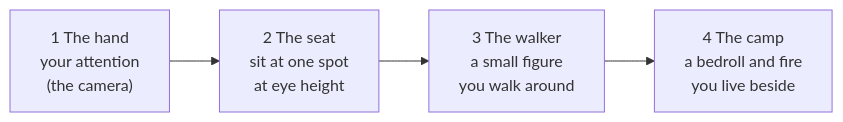
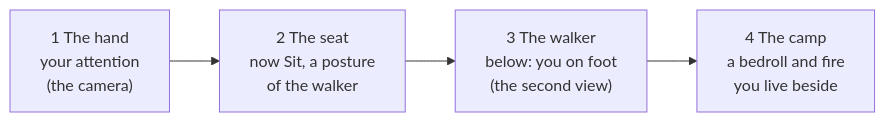
One commit to mshomper/ebb changed the diagram in docs/23-presence.md. Above: the diagram before and after it, drawn with Mermaid. The commit also changed other lines of this file and 3 other files, not shown here.

Commit message:
W0: docs for the walker (two views, the seat folds into Sit, walker joins M2)

````diff
--- a/docs/23-presence.md
+++ b/docs/23-presence.md
@@ -24,6 +25,6 @@
 ```mermaid
 flowchart LR
-    H["1 The hand<br/>your attention<br/>(the camera)"] --> S["2 The seat<br/>sit at one spot<br/>at eye height"]
-    S --> W["3 The walker<br/>a small figure<br/>you walk around"]
+    H["1 The hand<br/>your attention<br/>(the camera)"] --> S["2 The seat<br/>now Sit, a posture<br/>of the walker"]
+    S --> W["3 The walker<br/>below: you on foot<br/>(the second view)"]
     W --> C["4 The camp<br/>a bedroll and fire<br/>you live beside"]
 ```
````
